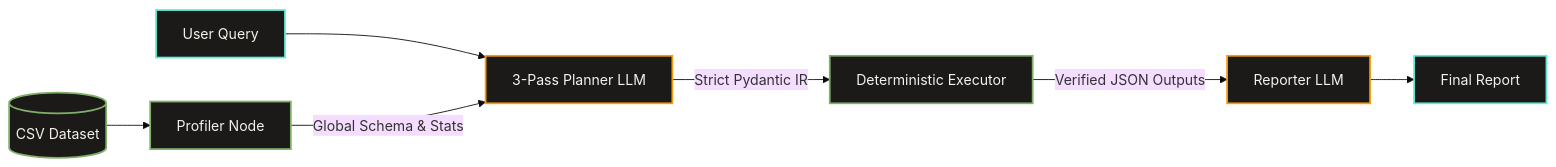
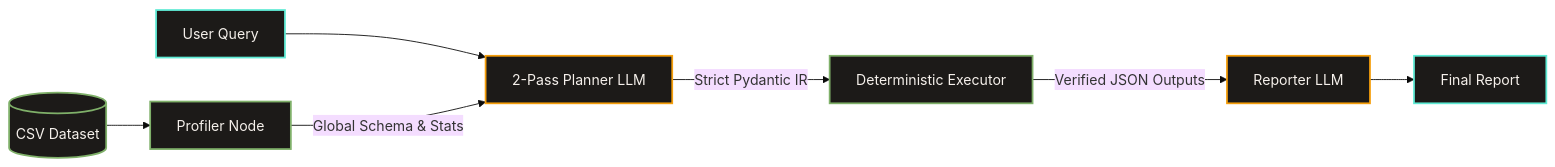
One commit to mohamadmeri/scrygent changed the diagram in README.md. Above: the diagram before and after it, drawn with Mermaid (base theme). The commit also changed other lines of this file and 4 other files, not shown here.

First line of the commit message:
docs: update architecture docs and align test structure with flattened memory

````diff
--- a/README.md
+++ b/README.md
@@ -46,17 +45,17 @@
 ```mermaid
 flowchart LR
-    U[User Query] --> PL[3-Pass Planner LLM]
+    U[User Query] --> PL[2-Pass Planner LLM]
     CSV[(CSV Dataset)] --> P[Profiler Node]
     P -->|Global Schema & Stats| PL
     PL -->|Strict Pydantic IR| EX[Deterministic Executor]
     EX -->|Verified JSON Outputs| R[Reporter LLM]
     R --> OUT[Final Report]
     
     style U fill:#1C1A18,stroke:#5EEAD4,stroke-width:2px,color:#F5F0EB
     style CSV fill:#1C1A18,stroke:#7FB069,stroke-width:2px,color:#F5F0EB
     style P fill:#1C1A18,stroke:#7FB069,stroke-width:2px,color:#F5F0EB
     style PL fill:#1C1A18,stroke:#F59E0B,stroke-width:2px,color:#F5F0EB
     style EX fill:#1C1A18,stroke:#7FB069,stroke-width:2px,color:#F5F0EB
     style R fill:#1C1A18,stroke:#F59E0B,stroke-width:2px,color:#F5F0EB
     style OUT fill:#1C1A18,stroke:#5EEAD4,stroke-width:2px,color:#F5F0EB
 ```
````
